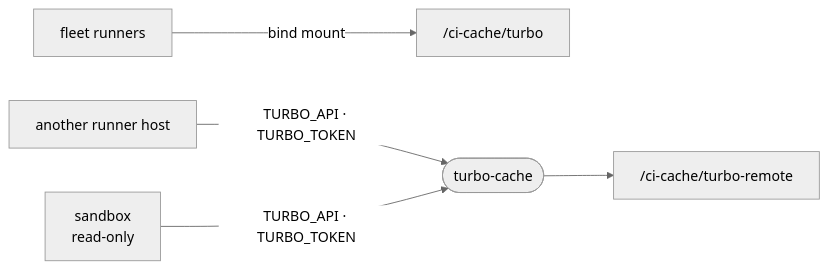
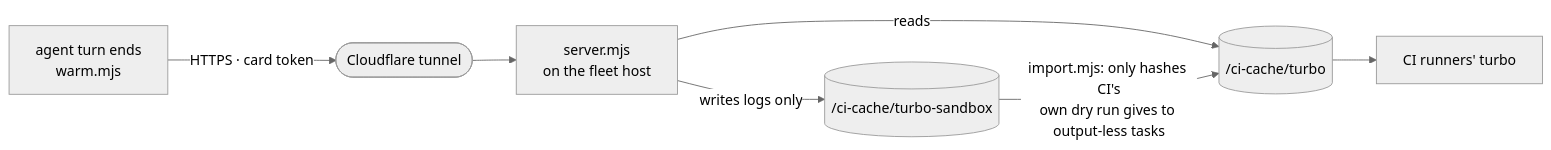
Before and after one commit to intentic/intentic: the diagram in _tools/turbo-cache/README.md, drawn with Mermaid (neutral theme). The commit also changed other lines of this file and 25 other files, not shown here.

First line of the commit message:
feat(turbo-cache): replay sandbox typechecks in CI

````diff
--- a/_tools/turbo-cache/README.md
+++ b/_tools/turbo-cache/README.md
@@ -5,7 +5,9 @@
 ```mermaid
 flowchart LR
-    runners["fleet runners"] -->|"bind mount"| local["/ci-cache/turbo"]
-    host["another runner host"] -->|"TURBO_API · TURBO_TOKEN"| cache(["turbo-cache"])
-    sandbox["sandbox<br/>read-only"] -->|"TURBO_API · TURBO_TOKEN"| cache
-    cache --> disk["/ci-cache/turbo-remote"]
+    turn["agent turn ends<br/>warm.mjs"] -->|"HTTPS · card token"| tunnel(["Cloudflare tunnel"])
+    tunnel --> server["server.mjs<br/>on the fleet host"]
+    server -->|"reads"| ci[("/ci-cache/turbo")]
+    server -->|"writes logs only"| sb[("/ci-cache/turbo-sandbox")]
+    sb -->|"import.mjs: only hashes CI's<br/>own dry run gives to output-less tasks"| ci
+    ci --> runners["CI runners' turbo"]
 ```
````
